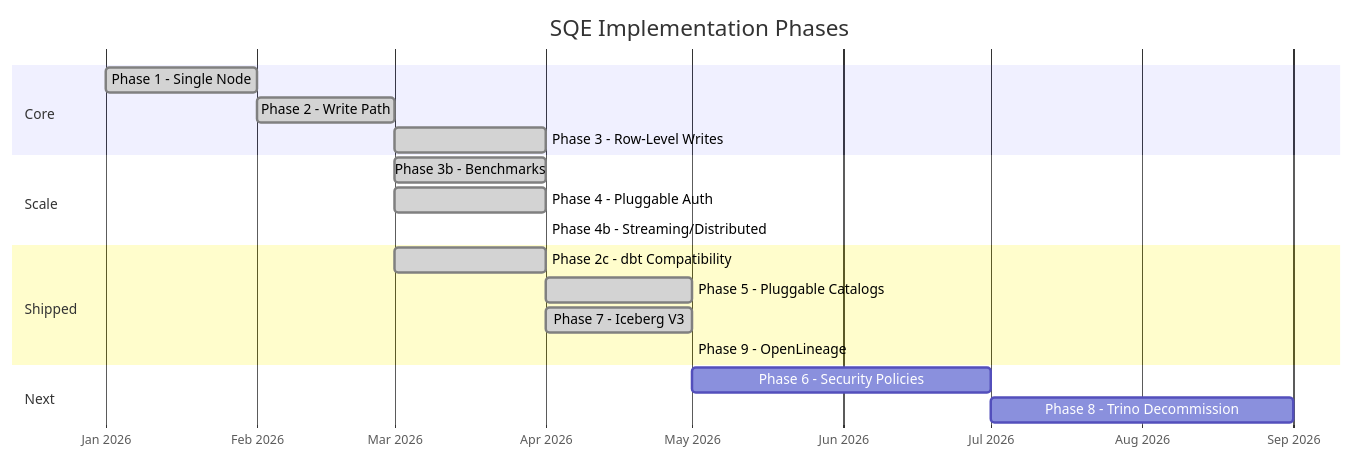
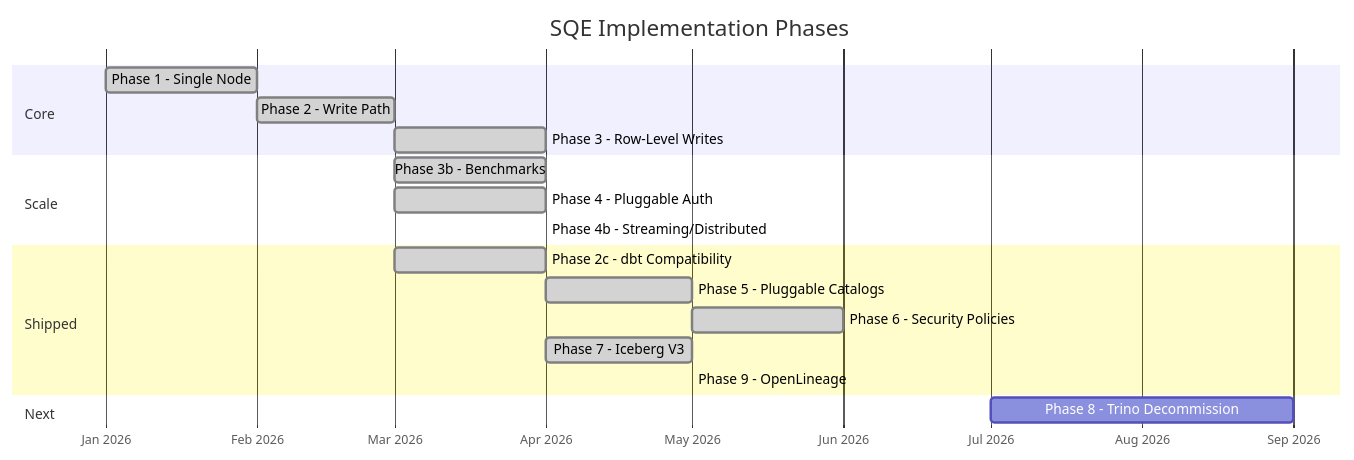
Before and after one commit to schubergphilis/sqe: the first of 4 diagrams in docs/site/book/src/development/roadmap.md, drawn with Mermaid. The commit also changed other lines of this file and 14 other files, not shown here.

````diff
--- a/docs/site/book/src/development/roadmap.md
+++ b/docs/site/book/src/development/roadmap.md
@@ -7,26 +7,26 @@
 ```mermaid
 gantt
     title SQE Implementation Phases
     dateFormat YYYY-MM
     axisFormat %b %Y
 
     section Core
     Phase 1 - Single Node        :done, p1, 2026-01, 2026-02
     Phase 2 - Write Path         :done, p2, 2026-02, 2026-03
     Phase 3 - Row-Level Writes   :done, p3, 2026-03, 2026-04
 
     section Scale
     Phase 3b - Benchmarks        :done, p3b, 2026-03, 2026-04
     Phase 4 - Pluggable Auth     :done, p4, 2026-03, 2026-04
     Phase 4b - Streaming/Distributed :done, p4b, 2026-04, 2026-04
 
     section Shipped
     Phase 2c - dbt Compatibility :done, p2c, 2026-03, 2026-04
     Phase 5 - Pluggable Catalogs :done, p5, 2026-04, 2026-05
+    Phase 6 - Security Policies  :done, p6, 2026-05, 2026-06
     Phase 7 - Iceberg V3         :done, p7, 2026-04, 2026-05
     Phase 9 - OpenLineage        :done, p9, 2026-05, 2026-05
 
     section Next
-    Phase 6 - Security Policies  :p6, 2026-05, 2026-07
     Phase 8 - Trino Decommission :p8, 2026-07, 2026-09
 ```
````
